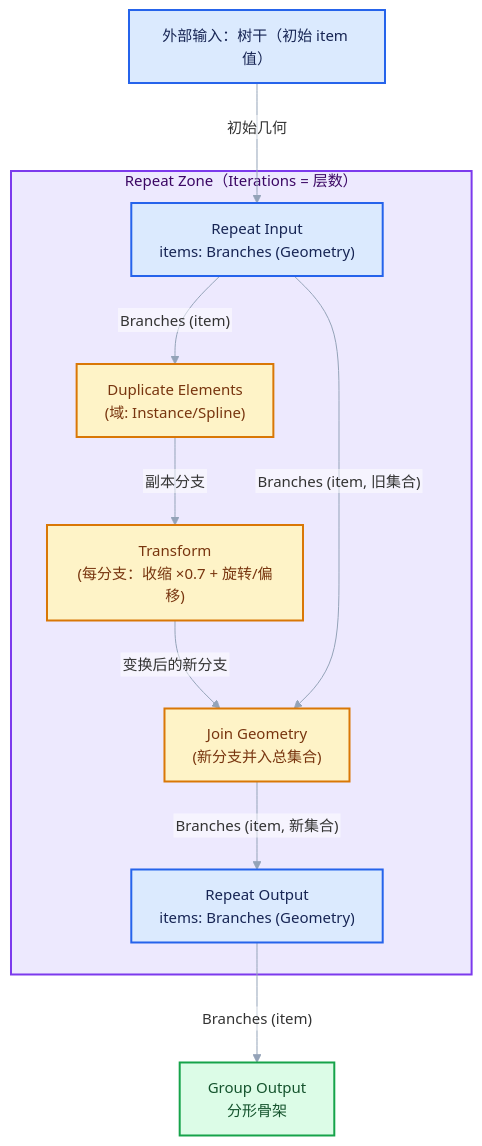
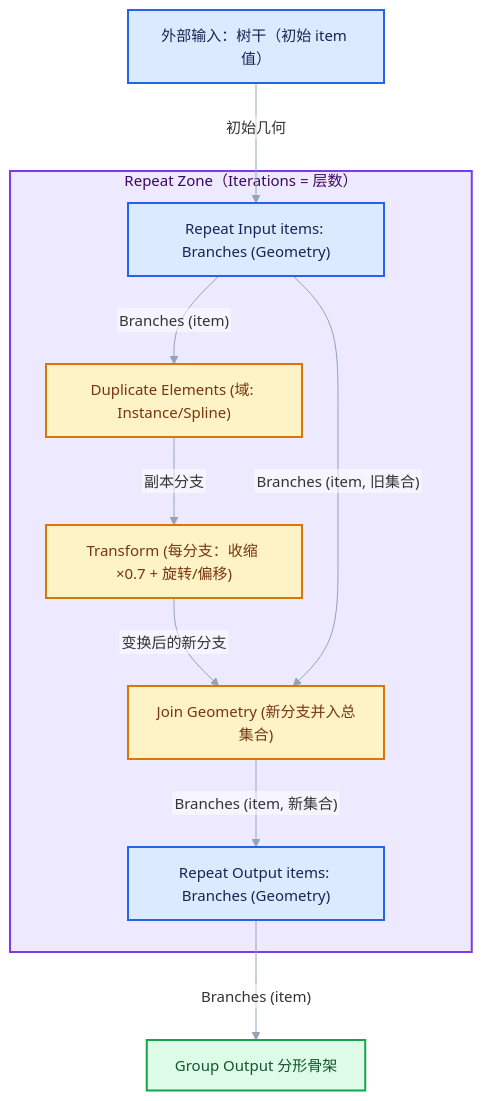
One commit to yunkezengren/blender-.vscode changed the seventh of 16 diagrams in 杂/markdown/重复区域-dsh/06-实战与性能/01-使用模式与迭代设计.md. Above: the diagram before and after it, drawn with Mermaid. The commit also changed other lines of this file and 27 other files, not shown here.

````diff
--- a/杂/markdown/重复区域-dsh/06-实战与性能/01-使用模式与迭代设计.md
+++ b/杂/markdown/重复区域-dsh/06-实战与性能/01-使用模式与迭代设计.md
@@ -480,31 +467,31 @@
 ```mermaid
 %%{init: {"theme":"base","themeVariables":{"fontFamily":"\"Segoe UI\",\"Microsoft YaHei\",sans-serif","fontSize":"15px","lineColor":"#94A3B8","edgeLabelBackground":"#FFFFFF","clusterBkg":"#F8FAFC","clusterBorder":"#CBD5E1"},"flowchart":{"htmlLabels":false,"curve":"basis","nodeSpacing":52,"rankSpacing":64,"padding":14,"diagramPadding":16,"useMaxWidth":true},"sequence":{"useMaxWidth":true,"wrap":true,"mirrorActors":false,"messageMargin":36}}}%%
 flowchart TB
     subgraph ZONE["Repeat Zone（Iterations = 层数）"]
-        RI["Repeat Input<br/>items: Branches (Geometry)"]:::input
-        RO["Repeat Output<br/>items: Branches (Geometry)"]:::input
+        RI["Repeat Input items: Branches (Geometry)"]:::input
+        RO["Repeat Output items: Branches (Geometry)"]:::input
 
-        DUP["Duplicate Elements<br/>(域: Instance/Spline)"]:::compute
-        TRANS["Transform<br/>(每分支：收缩 ×0.7 + 旋转/偏移)"]:::compute
-        JOIN["Join Geometry<br/>(新分支并入总集合)"]:::compute
+        DUP["Duplicate Elements (域: Instance/Spline)"]:::compute
+        TRANS["Transform (每分支：收缩 ×0.7 + 旋转/偏移)"]:::compute
+        JOIN["Join Geometry (新分支并入总集合)"]:::compute
 
         RI -- "Branches (item)" --> DUP
         DUP -- "副本分支" --> TRANS
         TRANS -- "变换后的新分支" --> JOIN
         RI -- "Branches (item, 旧集合)" --> JOIN
         JOIN -- "Branches (item, 新集合)" --> RO
     end
     IN_TRUNK["外部输入：树干（初始 item 值）"]:::input
     IN_TRUNK -- "初始几何" --> RI
 
-    RO -- "Branches (item)" --> OUT["Group Output<br/>分形骨架"]:::result
+    RO -- "Branches (item)" --> OUT["Group Output 分形骨架"]:::result
 
     class ZONE abstraction;
     classDef input fill:#DBEAFE,stroke:#2563EB,color:#172554,stroke-width:2px;
     classDef data fill:#CFFAFE,stroke:#0891B2,color:#164E63,stroke-width:2px;
     classDef abstraction fill:#EDE9FE,stroke:#7C3AED,color:#3B0764,stroke-width:2px;
     classDef compute fill:#FEF3C7,stroke:#D97706,color:#78350F,stroke-width:2px;
     class ZONE abstraction;
     classDef result fill:#DCFCE7,stroke:#16A34A,color:#14532D,stroke-width:2px;
     classDef error fill:#FEE2E2,stroke:#DC2626,color:#7F1D1D,stroke-width:2px;
 ```
````
